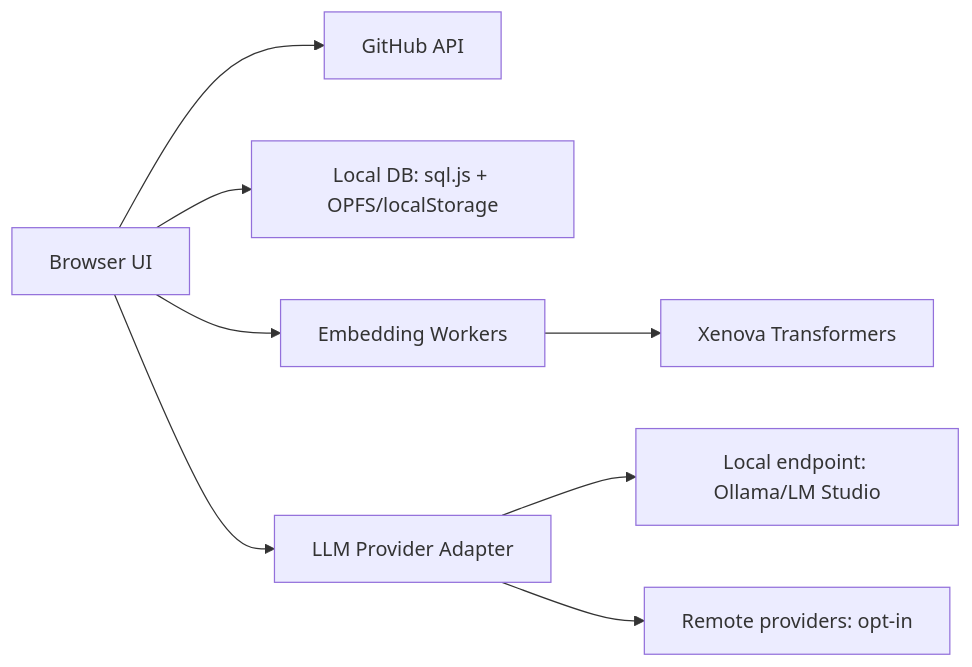
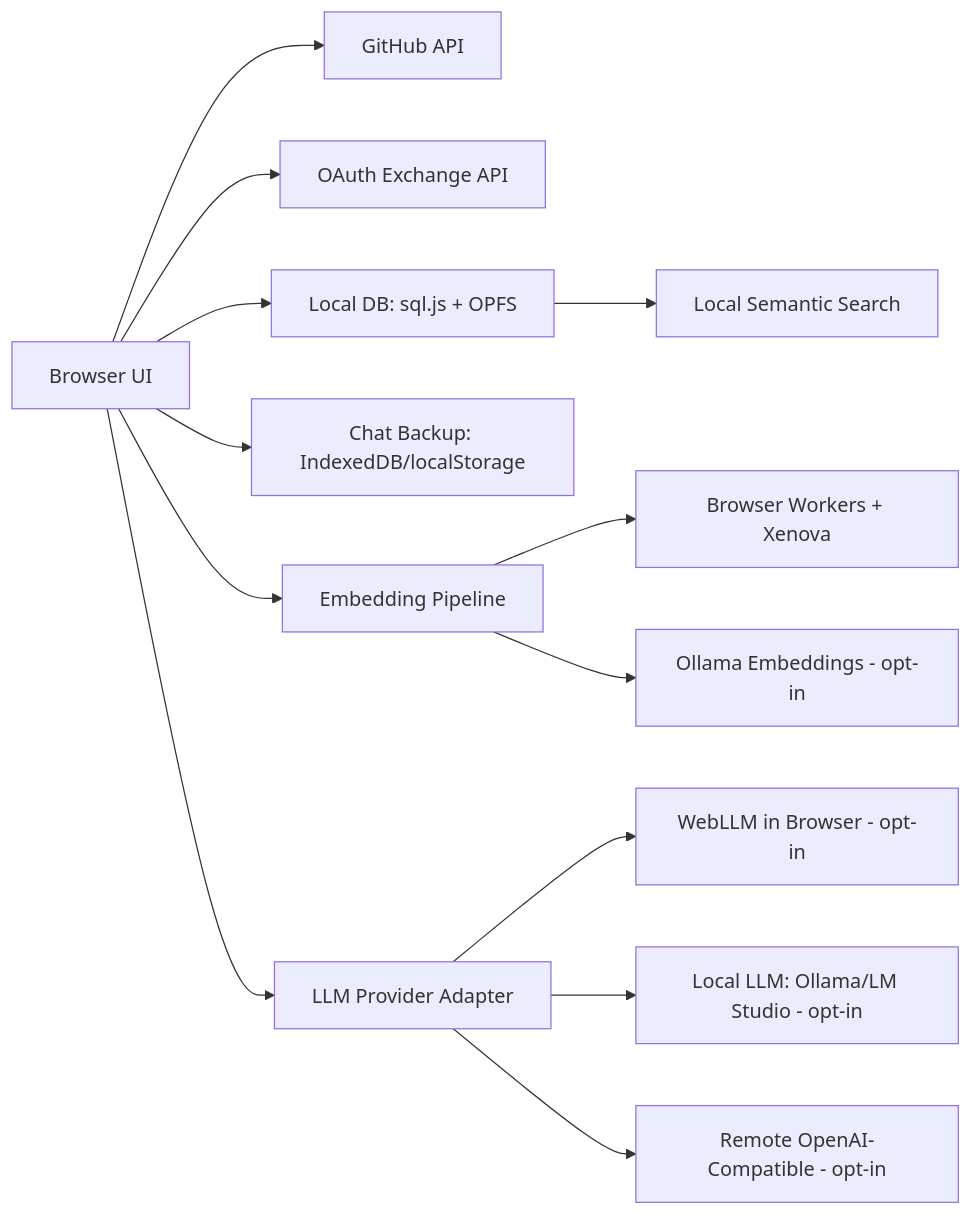
The diagram in README.md (Abhinandan-Khurana/GitStarRecall), drawn with Mermaid before and after one commit. The commit also changed other lines of this file, not shown here.

Commit message:
docs(readme): refresh hero and architecture snapshot

````diff
--- a/README.md
+++ b/README.md
@@ -87,10 +102,15 @@
 ```mermaid
 flowchart LR
     A[Browser UI] --> B[GitHub API]
-    A --> C[Local DB: sql.js + OPFS/localStorage]
-    A --> D[Embedding Workers]
-    D --> E[Xenova Transformers]
+    A --> X[OAuth Exchange API]
+    A --> C[Local DB: sql.js + OPFS]
+    A --> C2[Chat Backup: IndexedDB/localStorage]
+    A --> D[Embedding Pipeline]
+    D --> E[Browser Workers + Xenova]
+    D --> G[Ollama Embeddings - opt-in]
+    C --> S[Local Semantic Search]
     A --> F[LLM Provider Adapter]
-    F --> G[Local endpoint: Ollama/LM Studio]
-    F --> H[Remote providers: opt-in]
+    F --> W[WebLLM in Browser - opt-in]
+    F --> L[Local LLM: Ollama/LM Studio - opt-in]
+    F --> R[Remote OpenAI-Compatible - opt-in]
 ```
````
